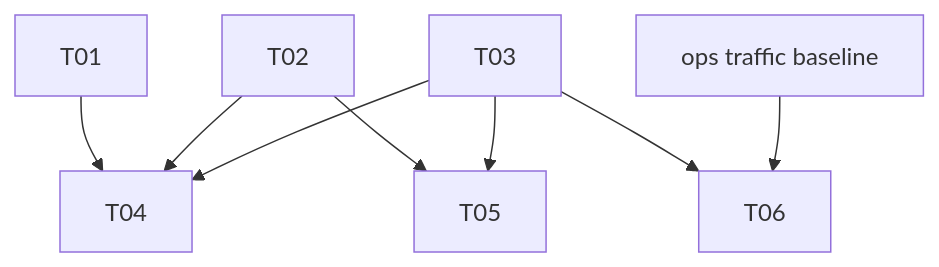
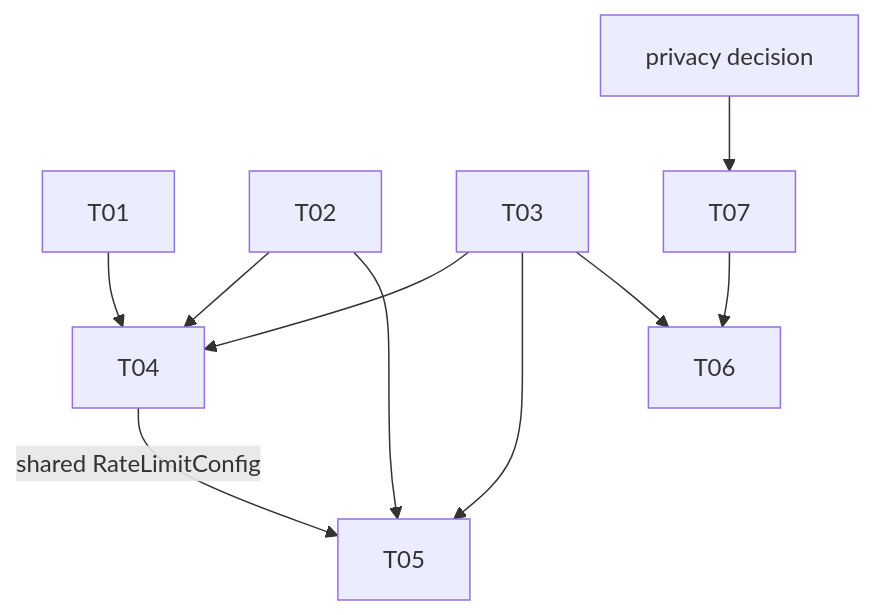
The diagram in docs/planning/api-traffic-protection/tickets/README.md (dhelman999/McWendyQueen), drawn with Mermaid before and after one commit. The commit also changed other lines of this file and 38 other files, not shown here.

````diff
--- a/docs/planning/api-traffic-protection/tickets/README.md
+++ b/docs/planning/api-traffic-protection/tickets/README.md
@@ -17,10 +19,12 @@
 ```mermaid
 flowchart TD
   T01 --> T04
   T02 --> T04
   T03 --> T04
   T02 --> T05
   T03 --> T05
+  T04 -->|shared RateLimitConfig| T05
   T03 --> T06
-  OPS[ops traffic baseline] --> T06
+  PRIV[privacy decision] --> T07
+  T07 --> T06
 ```
````
